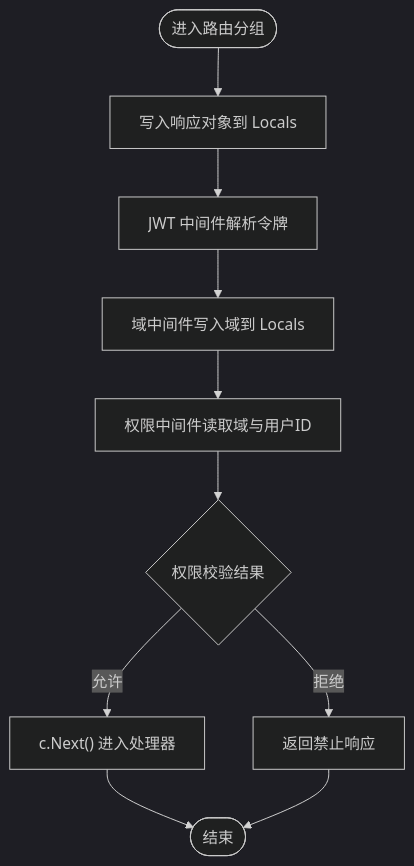
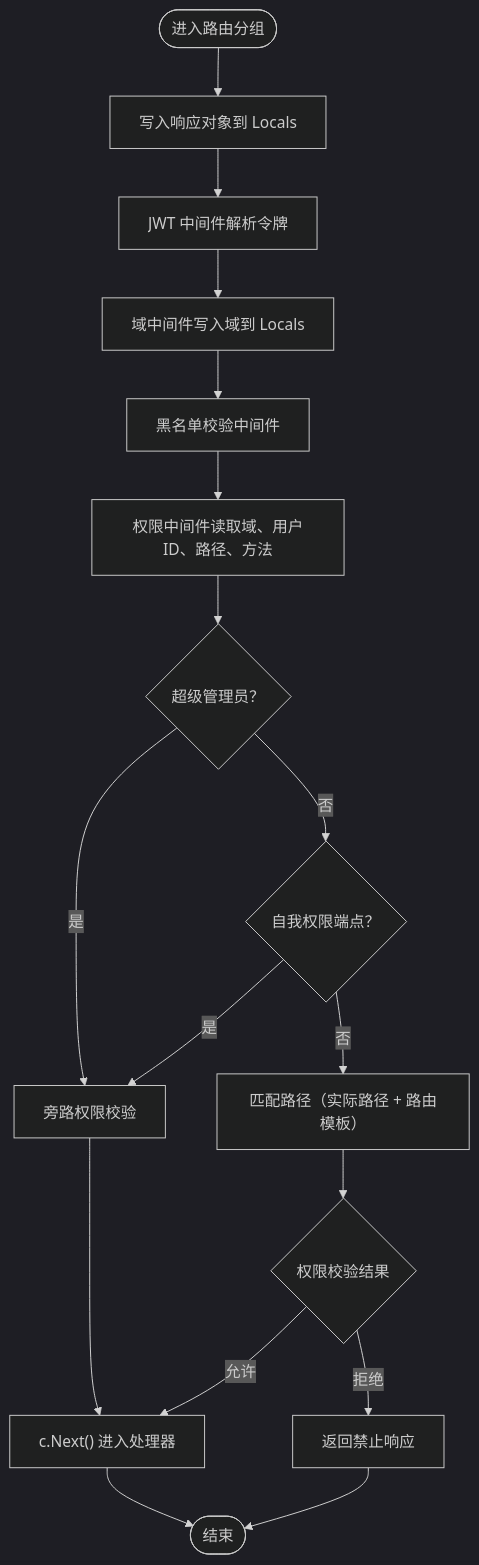
The fourth of 7 diagrams in .qoder/repowiki/zh/content/中间件系统/中间件架构设计.md (wuwuseo/e-sports-go-admin), drawn with Mermaid (dark theme) before and after one commit. The commit also changed other lines of this file and 42 other files, not shown here.

````diff
--- a/.qoder/repowiki/zh/content/中间件系统/中间件架构设计.md
+++ b/.qoder/repowiki/zh/content/中间件系统/中间件架构设计.md
@@ -200,12 +219,19 @@
 ```mermaid
 flowchart TD
 Start(["进入路由分组"]) --> SetResp["写入响应对象到 Locals"]
 SetResp --> SetJWT["JWT 中间件解析令牌"]
 SetJWT --> SetDomain["域中间件写入域到 Locals"]
-SetDomain --> CheckPerm["权限中间件读取域与用户ID"]
-CheckPerm --> Enforce{"权限校验结果"}
+SetDomain --> CheckBL["黑名单校验中间件"]
+CheckBL --> CheckPerm["权限中间件读取域、用户ID、路径、方法"]
+CheckPerm --> SuperAdmin{"超级管理员？"}
+SuperAdmin --> |是| Bypass["旁路权限校验"]
+SuperAdmin --> |否| SelfPerm{"自我权限端点？"}
+SelfPerm --> |是| Bypass
+SelfPerm --> |否| MatchPath["匹配路径（实际路径 + 路由模板）"]
+MatchPath --> Enforce{"权限校验结果"}
 Enforce --> |允许| Next["c.Next() 进入处理器"]
 Enforce --> |拒绝| Deny["返回禁止响应"]
+Bypass --> Next
 Next --> End(["结束"])
 Deny --> End
 ```
````
